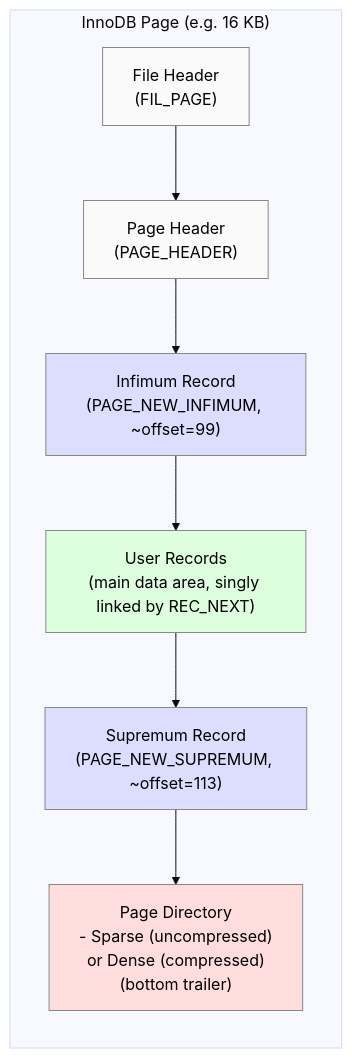
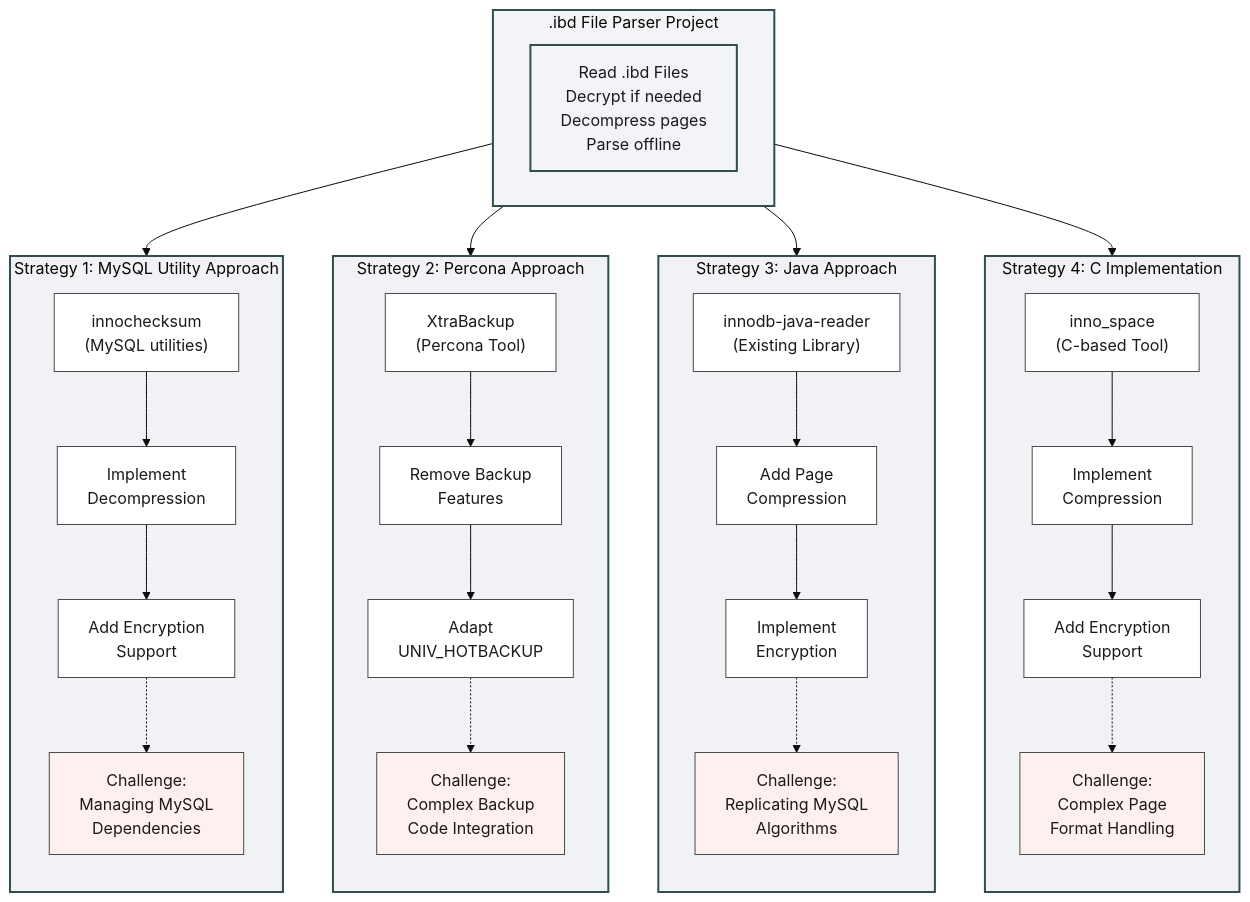
The diagram in db/mysql/parse/README.md (wilhasse/courses), drawn with Mermaid (base theme) before and after one commit. The commit also changed other lines of this file and 6 other files, not shown here.

````diff
--- a/db/mysql/parse/README.md
+++ b/db/mysql/parse/README.md
@@ -9,25 +47,77 @@
 ```mermaid
-flowchart TB
-    subgraph "InnoDB Page (e.g. 16 KB)"
+flowchart TD
+    %% Style definitions
+    classDef goal fill:#f2f4f7,stroke:#2f4f4f,stroke-width:2px,color:#1a1a1a
+    classDef strategy fill:#f0f2f5,stroke:#2f4f4f,stroke-width:2px,color:#1a1a1a
+    classDef component fill:#ffffff,stroke:#4a4a4a,stroke-width:1px,color:#1a1a1a
+    classDef challenge fill:#fff0f0,stroke:#4a4a4a,stroke-width:1px,color:#1a1a1a
+
+    %% Project Goal
+    subgraph G[".ibd File Parser Project"]
+        style G fill:#f2f4f7,stroke:#2f4f4f,stroke-width:2px
+        goal["Read .ibd Files<br/>Decrypt if needed<br/>Decompress pages<br/>Parse offline"]
+    end
+
+    %% Strategy 1: innochecksum
+    subgraph S1[Strategy 1: MySQL Utility Approach]
+        style S1 fill:#f0f2f5,stroke:#2f4f4f,stroke-width:2px
         direction TB
-        A["File Header<br/>(FIL_PAGE)"]
-        B["Page Header<br/>(PAGE_HEADER)"]
-        C["Infimum Record<br/>(PAGE_NEW_INFIMUM, ~offset=99)"]
-        D["User Records<br/>(main data area, singly linked by REC_NEXT)"]
-        E["Supremum Record<br/>(PAGE_NEW_SUPREMUM, ~offset=113)"]
-        F["Page Directory<br/>- Sparse (uncompressed)<br/>or Dense (compressed)<br/>(bottom trailer)"]
-        
-        A --> B
-        B --> C
-        C --> D
-        D --> E
-        E --> F
-        
-        style A fill:#fafafa,stroke:#888,stroke-width:1px,color:#000
-        style B fill:#fafafa,stroke:#888,stroke-width:1px,color:#000
-        style C fill:#ddf,stroke:#888,stroke-width:1px,color:#000
-        style D fill:#dfd,stroke:#888,stroke-width:1px,color:#000
-        style E fill:#ddf,stroke:#888,stroke-width:1px,color:#000
-        style F fill:#fdd,stroke:#888,stroke-width:1px,color:#000
+        inno["innochecksum<br/>(MySQL utilities)"]
+        inno_comp["Implement<br/>Decompression"]
+        inno_enc["Add Encryption<br/>Support"]
+        challenge1["Challenge:<br/>Managing MySQL<br/>Dependencies"]
     end
+
+    %% Strategy 2: xtraBackup
+    subgraph S2[Strategy 2: Percona Approach]
+        style S2 fill:#f0f2f5,stroke:#2f4f4f,stroke-width:2px
+        direction TB
+        xtra["XtraBackup<br/>(Percona Tool)"]
+        xtra_strip["Remove Backup<br/>Features"]
+        xtra_adapt["Adapt<br/>UNIV_HOTBACKUP"]
+        challenge2["Challenge:<br/>Complex Backup<br/>Code Integration"]
+    end
+
+    %% Strategy 3: Java Reader
+    subgraph S3[Strategy 3: Java Approach]
+        style S3 fill:#f0f2f5,stroke:#2f4f4f,stroke-width:2px
+        direction TB
+        java["innodb-java-reader<br/>(Existing Library)"]
+        java_comp["Add Page<br/>Compression"]
+        java_enc["Implement<br/>Encryption"]
+        challenge3["Challenge:<br/>Replicating MySQL<br/>Algorithms"]
+    end
+
+    %% Strategy 4: C Tool
+    subgraph S4[Strategy 4: C Implementation]
+        style S4 fill:#f0f2f5,stroke:#2f4f4f,stroke-width:2px
+        direction TB
+        c_tool["inno_space<br/>(C-based Tool)"]
+        c_comp["Implement<br/>Compression"]
+        c_enc["Add Encryption<br/>Support"]
+        challenge4["Challenge:<br/>Complex Page<br/>Format Handling"]
+    end
+
+    %% Main connections
+    G --> S1
+    G --> S2
+    G --> S3
+    G --> S4
+
+    %% Strategy 1 connections
+    inno --> inno_comp --> inno_enc -.-> challenge1
+
+    %% Strategy 2 connections
+    xtra --> xtra_strip --> xtra_adapt -.-> challenge2
+
+    %% Strategy 3 connections
+    java --> java_comp --> java_enc -.-> challenge3
+
+    %% Strategy 4 connections
+    c_tool --> c_comp --> c_enc -.-> challenge4
+
+    %% Apply styles
+    class goal goal
+    class inno,inno_comp,inno_enc,xtra,xtra_strip,xtra_adapt,java,java_comp,java_enc,c_tool,c_comp,c_enc component
+    class challenge1,challenge2,challenge3,challenge4 challenge
 ```
````
